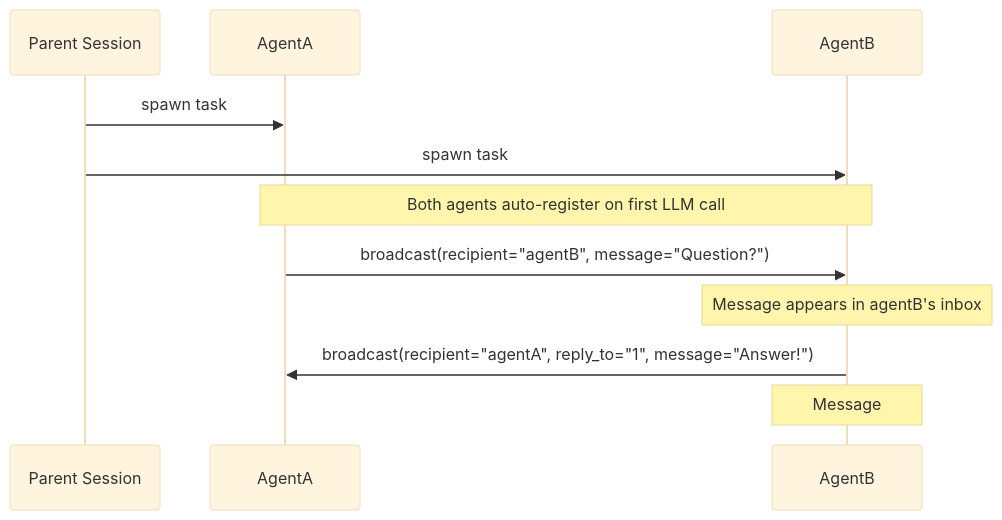
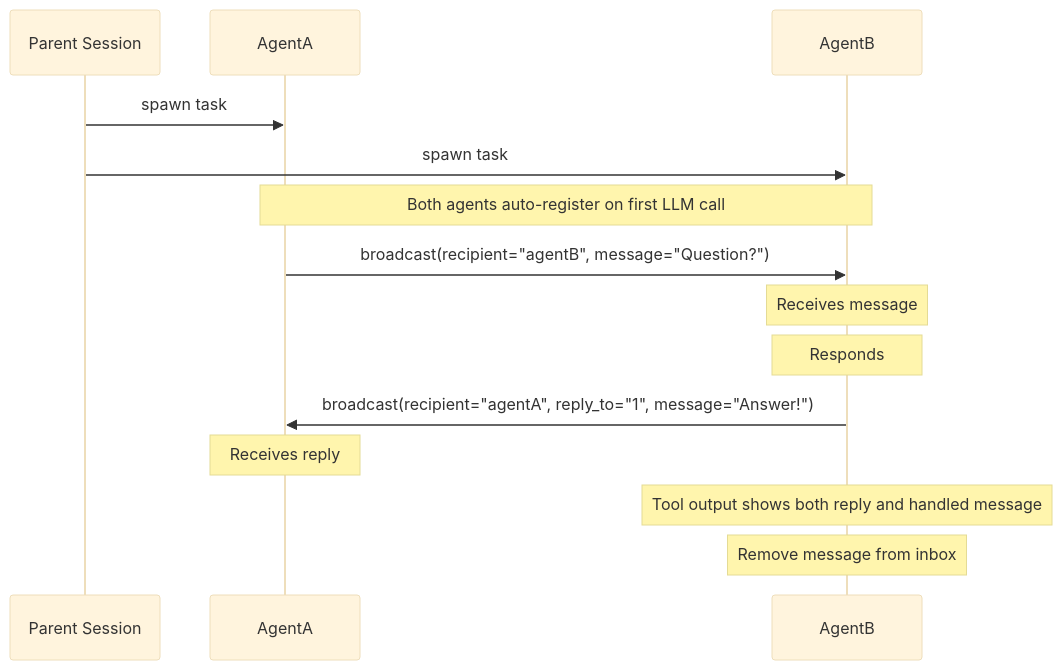
The diagram in README.md (spoons-and-mirrors/iam), drawn with Mermaid (base theme) before and after one commit. The commit also changed 2 other files, not shown here.

Commit message:
adding handled message to tool output

````diff
--- a/README.md
+++ b/README.md
@@ -9,19 +9,22 @@
 ```mermaid
 sequenceDiagram
     participant Parent as Parent Session
     participant A as AgentA
     participant B as AgentB
 
     Parent->>A: spawn task
     Parent->>B: spawn task
 
     Note over A,B: Both agents auto-register on first LLM call
 
     A->>B: broadcast(recipient="agentB", message="Question?")
 
-    Note over B: Message appears in agentB's inbox
+    Note over B: Receives message
+    Note over B: Responds
 
     B->>A: broadcast(recipient="agentA", reply_to="1", message="Answer!")
 
-    Note over B: Message #1 marked as handled
+    Note over A: Receives reply
+    Note over B: Tool output shows both reply and handled message
+    Note over B: Remove message from inbox
 ```
````
